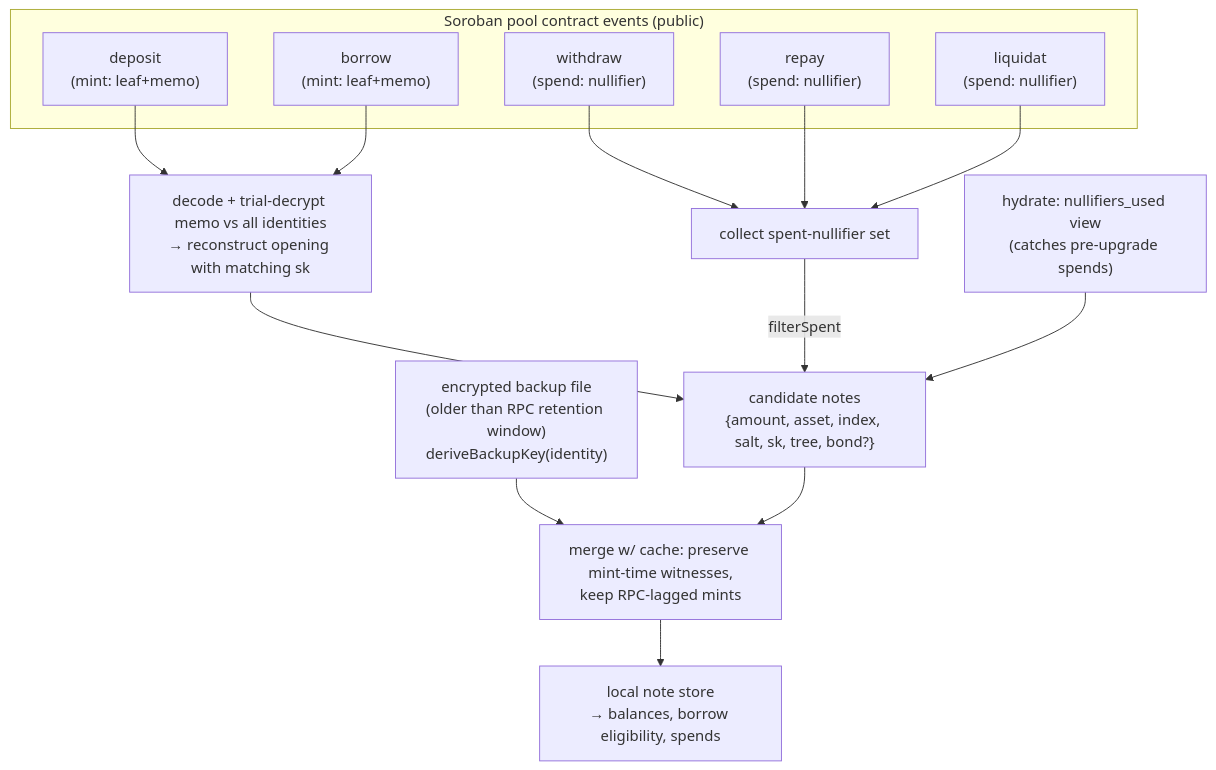
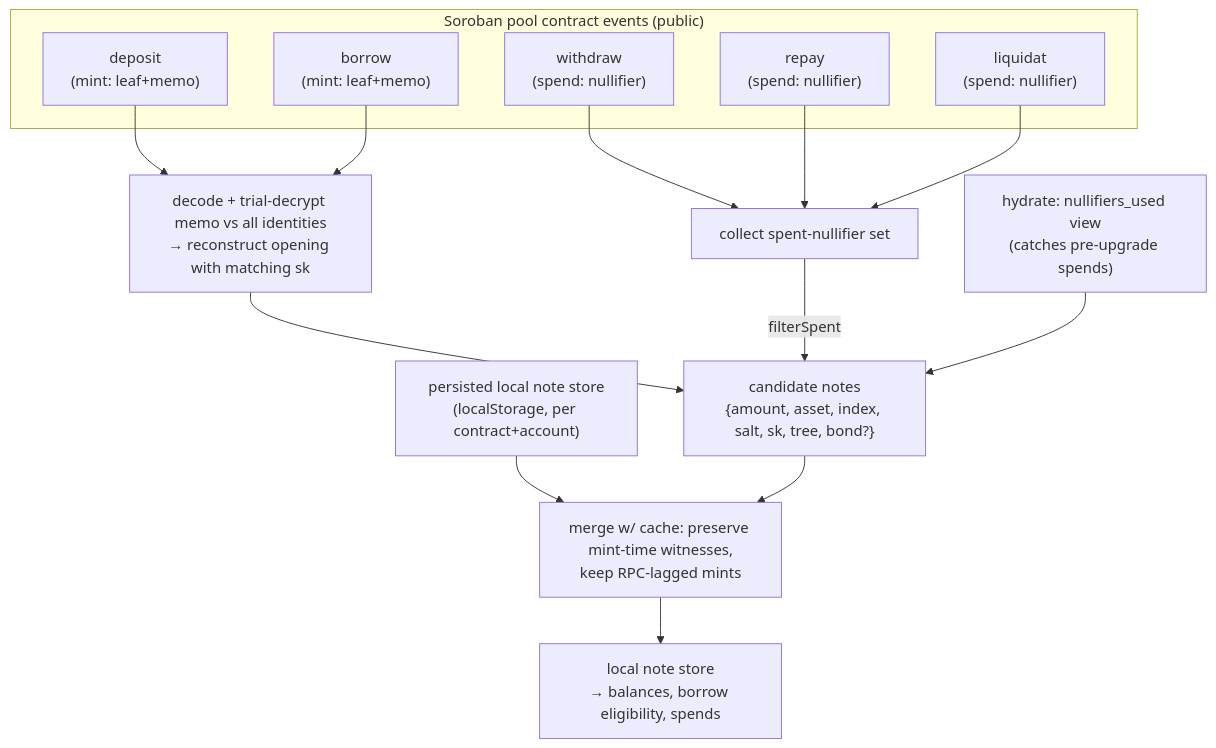
The first of 2 diagrams in docs/WHITEPAPER.md (Whit3knight/StellarShield), drawn with Mermaid before and after one commit. The commit also changed other lines of this file and 30 other files, not shown here.

First line of the commit message:
feat(notes): survive RPC event retention — persist store, merge scans, full-window replay

````diff
--- a/docs/WHITEPAPER.md
+++ b/docs/WHITEPAPER.md
@@ -356,30 +356,30 @@
 ```mermaid
 flowchart TD
     subgraph events["Soroban pool contract events (public)"]
         deposit["deposit<br/>(mint: leaf+memo)"]
         borrow["borrow<br/>(mint: leaf+memo)"]
         withdraw["withdraw<br/>(spend: nullifier)"]
         repay["repay<br/>(spend: nullifier)"]
         liquidat["liquidat<br/>(spend: nullifier)"]
     end
 
     deposit --> decrypt
     borrow --> decrypt
     withdraw --> spent
     repay --> spent
     liquidat --> spent
 
     decrypt["decode + trial-decrypt memo vs all identities<br/>&rarr; reconstruct opening with matching sk"]
     spent["collect spent-nullifier set"]
 
     decrypt --> candidates
     spent -- filterSpent --> candidates
     hydrate["hydrate: nullifiers_used view<br/>(catches pre-upgrade spends)"] --> candidates
 
     candidates["candidate notes<br/>{amount, asset, index, salt, sk, tree, bond?}"]
-    backup["encrypted backup file<br/>(older than RPC retention window)<br/>deriveBackupKey(identity)"] --> merge
+    cache["persisted local note store<br/>(localStorage, per contract+account)"] --> merge
 
     candidates --> merge
     merge["merge w/ cache: preserve mint-time witnesses,<br/>keep RPC-lagged mints"]
     merge --> store["local note store<br/>&rarr; balances, borrow eligibility, spends"]
 ```
````
